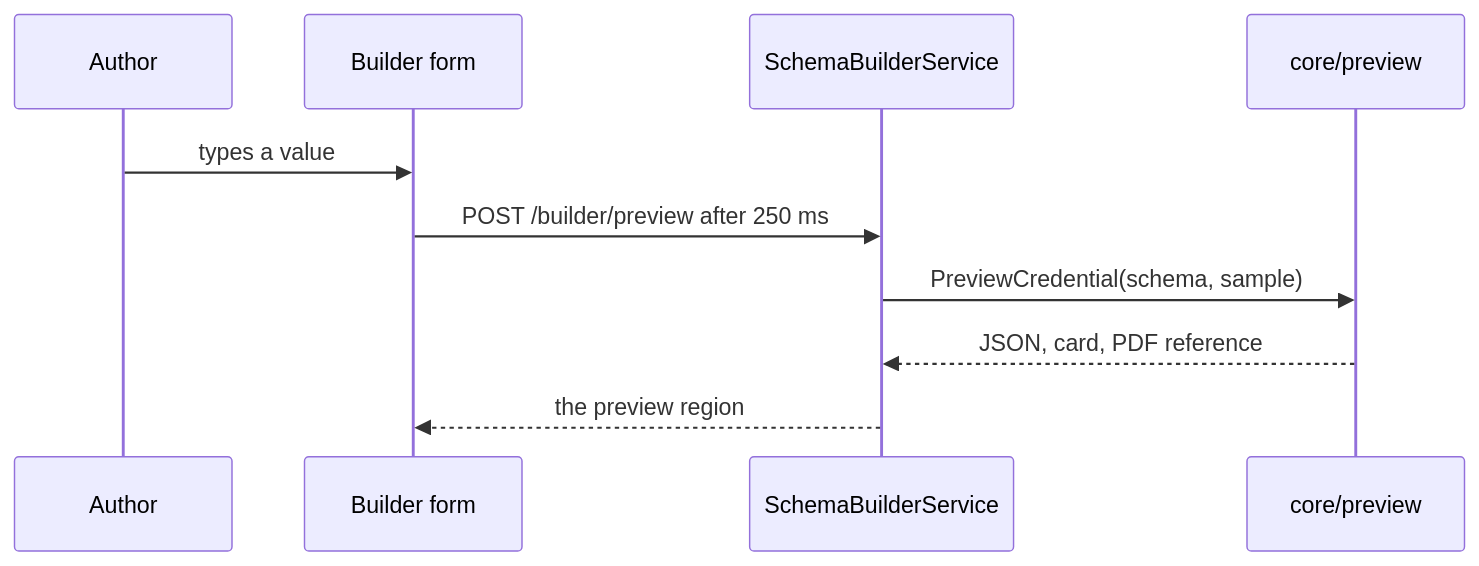
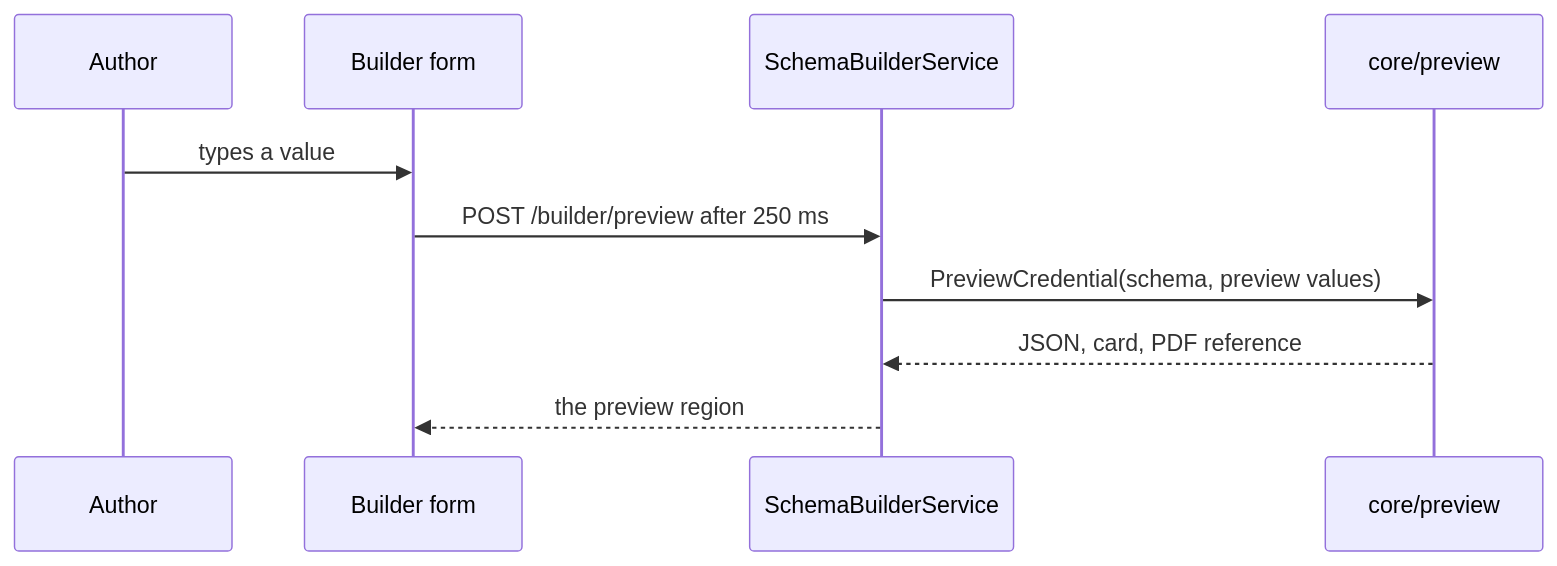
Before and after one commit to centre-for-dpi/verifiably: the diagram in vca/docs/schema-builder-ui.md, drawn with Mermaid. The commit also changed other lines of this file and 17 other files, not shown here.

First line of the commit message:
feat(ui): name only component parts on the kit page and call builder values a preview

````diff
--- a/vca/docs/schema-builder-ui.md
+++ b/vca/docs/schema-builder-ui.md
@@ -37,12 +37,12 @@
 ```mermaid
 sequenceDiagram
     participant Author
     participant Form as Builder form
     participant Service as SchemaBuilderService
     participant Core as core/preview
     Author->>Form: types a value
     Form->>Service: POST /builder/preview after 250 ms
-    Service->>Core: PreviewCredential(schema, sample)
+    Service->>Core: PreviewCredential(schema, preview values)
     Core-->>Service: JSON, card, PDF reference
     Service-->>Form: the preview region
 ```
````
